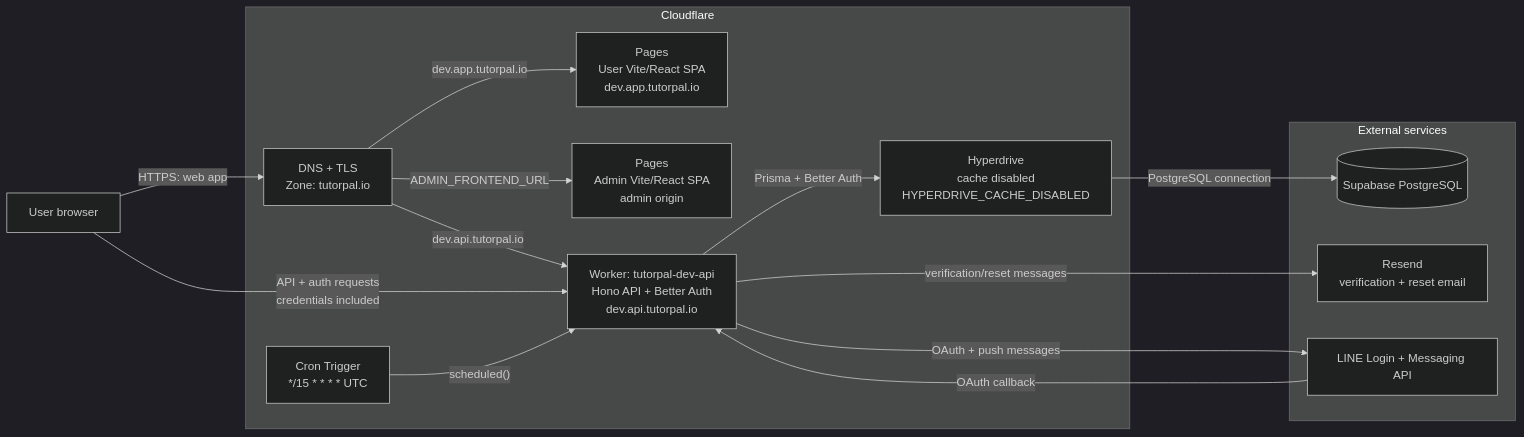
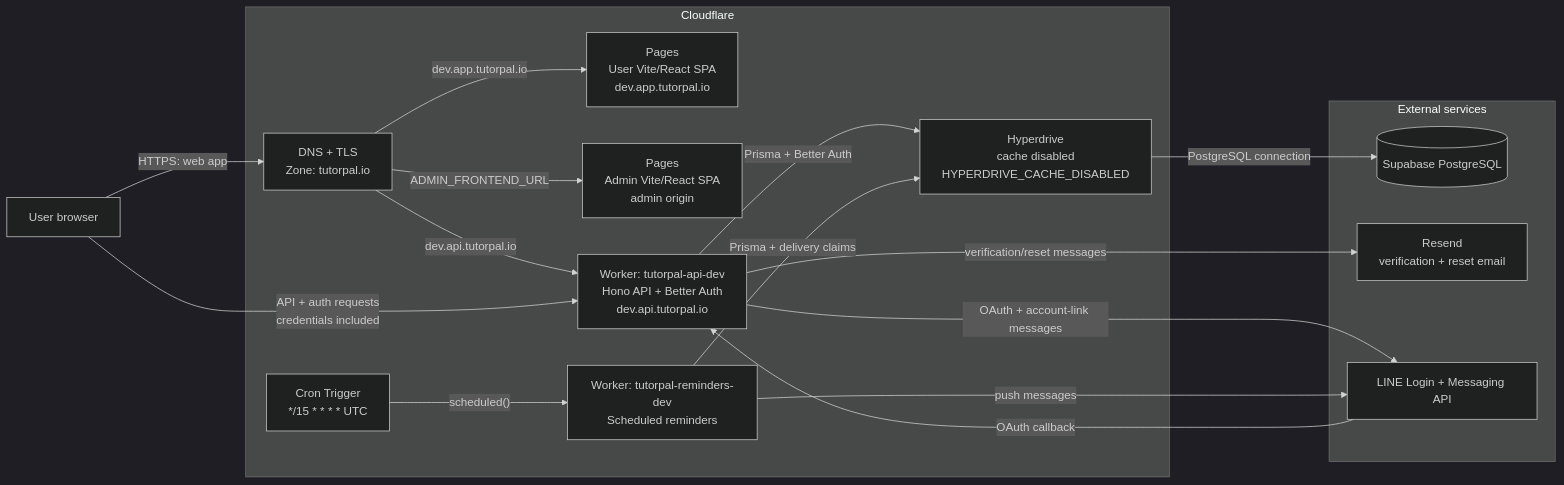
Before and after one commit to psatid/tutorpal: the diagram in docs/infrastructure.md, drawn with Mermaid (dark theme). The commit also changed other lines of this file and 79 other files, not shown here.

```diff
--- a/docs/infrastructure.md
+++ b/docs/infrastructure.md
@@ -19,31 +20,34 @@
 ~~~mermaid
 flowchart LR
     browser["User browser"]
 
     subgraph cf["Cloudflare"]
         dns["DNS + TLS<br/>Zone: tutorpal.io"]
         pages["Pages<br/>User Vite/React SPA<br/>dev.app.tutorpal.io"]
         adminPages["Pages<br/>Admin Vite/React SPA<br/>admin origin"]
-        worker["Worker: tutorpal-dev-api<br/>Hono API + Better Auth<br/>dev.api.tutorpal.io"]
+        apiWorker["Worker: tutorpal-api-dev<br/>Hono API + Better Auth<br/>dev.api.tutorpal.io"]
+        reminderWorker["Worker: tutorpal-reminders-dev<br/>Scheduled reminders"]
         cron["Cron Trigger<br/>*/15 * * * * UTC"]
         hyperdrive["Hyperdrive<br/>cache disabled<br/>HYPERDRIVE_CACHE_DISABLED"]
     end
 
     subgraph external["External services"]
         postgres[("Supabase PostgreSQL")]
         resend["Resend<br/>verification + reset email"]
         line["LINE Login + Messaging API"]
     end
 
     browser -->|"HTTPS: web app"| dns
     dns -->|"dev.app.tutorpal.io"| pages
     dns -->|"ADMIN_FRONTEND_URL"| adminPages
-    dns -->|"dev.api.tutorpal.io"| worker
-    browser -->|"API + auth requests<br/>credentials included"| worker
-    cron -->|"scheduled()"| worker
-    worker -->|"Prisma + Better Auth"| hyperdrive
+    dns -->|"dev.api.tutorpal.io"| apiWorker
+    browser -->|"API + auth requests<br/>credentials included"| apiWorker
+    cron -->|"scheduled()"| reminderWorker
+    apiWorker -->|"Prisma + Better Auth"| hyperdrive
+    reminderWorker -->|"Prisma + delivery claims"| hyperdrive
     hyperdrive -->|"PostgreSQL connection"| postgres
-    worker -->|"verification/reset messages"| resend
-    worker -->|"OAuth + push messages"| line
-    line -->|"OAuth callback"| worker
+    apiWorker -->|"verification/reset messages"| resend
+    apiWorker -->|"OAuth + account-link messages"| line
+    reminderWorker -->|"push messages"| line
+    line -->|"OAuth callback"| apiWorker
 ~~~
```
